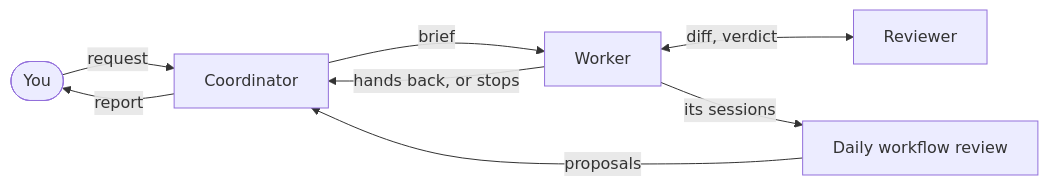
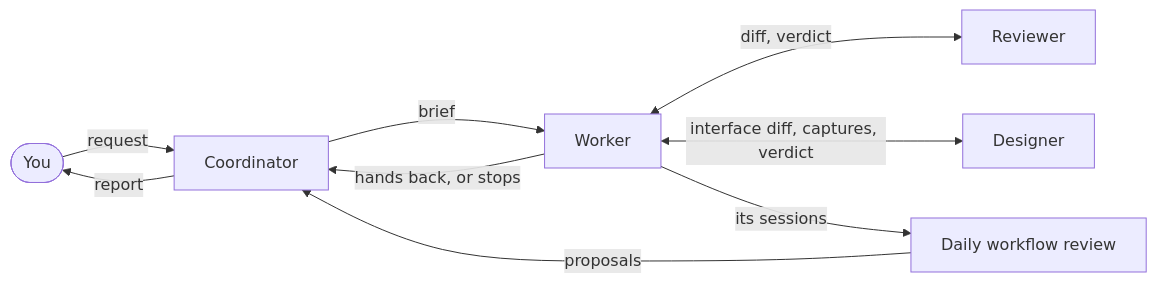
One commit to cniska/agent-skills changed the diagram in README.md. Above: the diagram before and after it, drawn with Mermaid.

Commit message:
docs(readme): show the designer in the chart

````diff
--- a/README.md
+++ b/README.md
@@ -25,10 +25,11 @@
 ```mermaid
 flowchart LR
   you(["You"]) -- "request" --> coord["Coordinator"]
   coord -- "brief" --> worker["Worker"]
   worker <-- "diff, verdict" --> reviewer["Reviewer"]
+  worker <-- "interface diff, captures, verdict" --> designer["Designer"]
   worker -- "hands back, or stops" --> coord
   worker -- "its sessions" --> review["Daily workflow review"]
   review -- "proposals" --> coord
   coord -- "report" --> you
 ```
````
